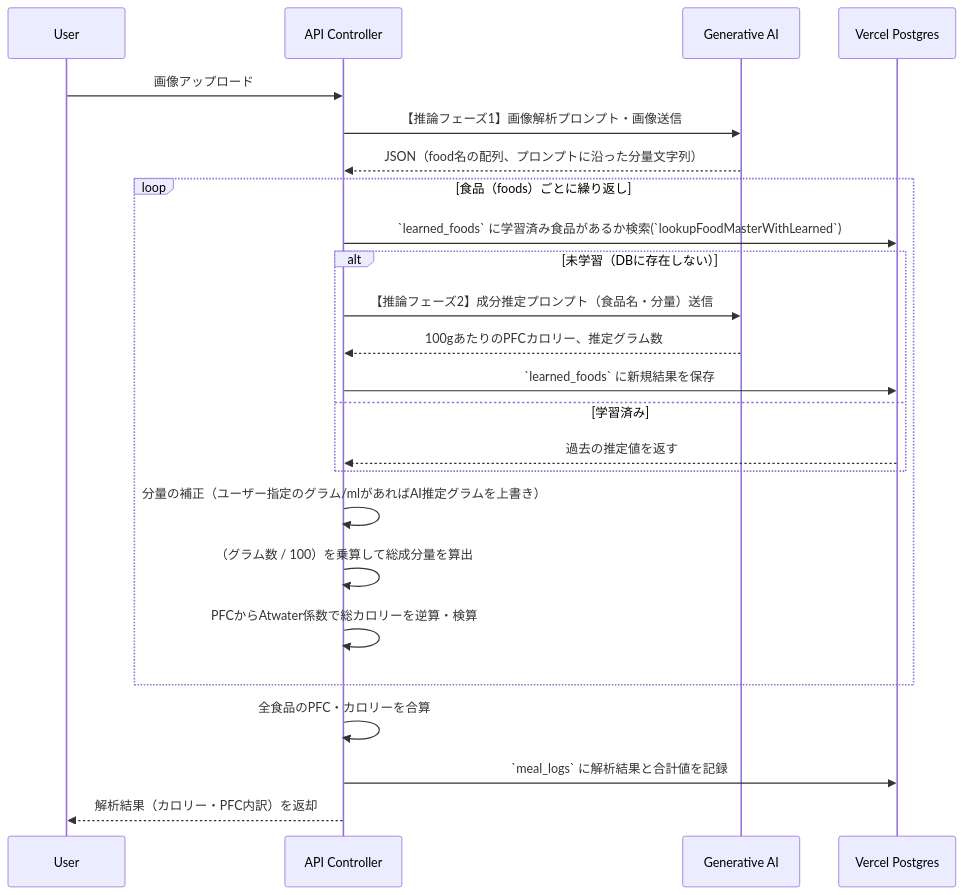
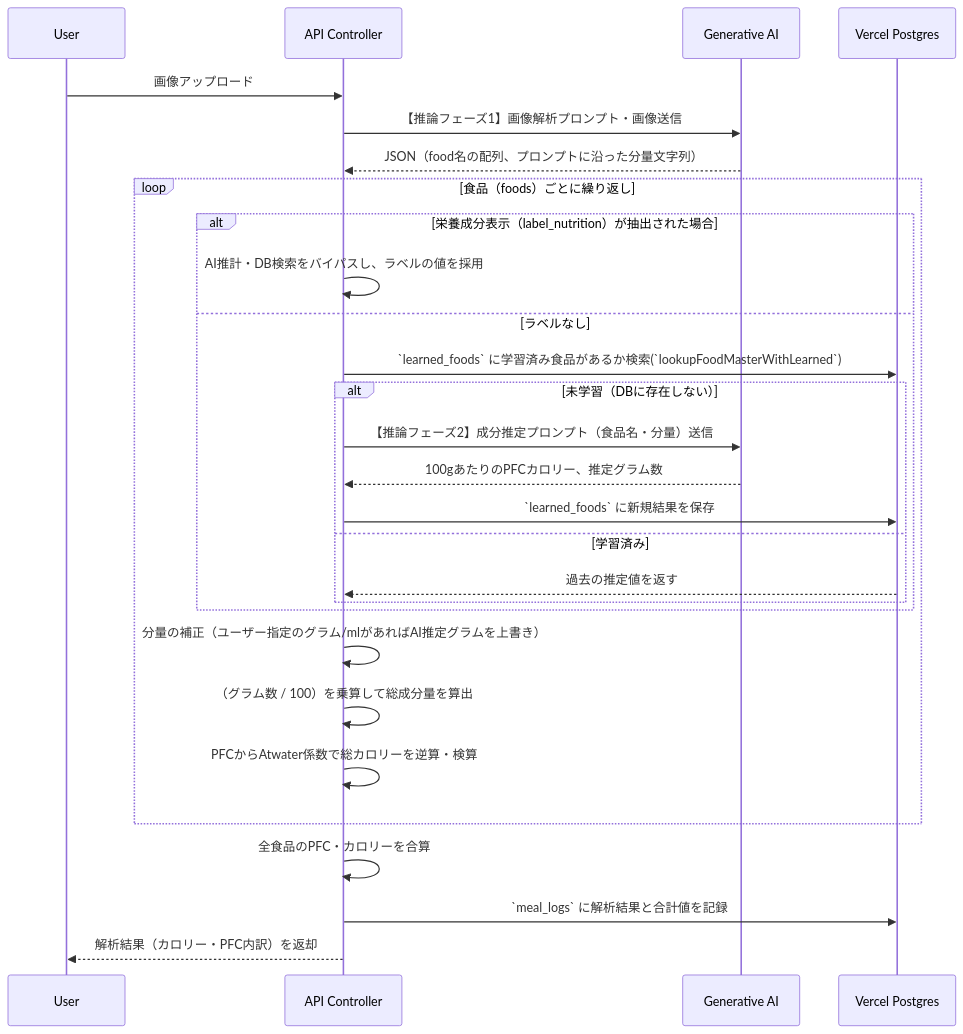
One commit to t-katsumata1027/LogEats changed the second of 3 diagrams in docs/logic/nutrition_calculation.md. Above: the diagram before and after it, drawn with Mermaid. The commit also changed other lines of this file and 2 other files, not shown here.

Commit message:
docs: 栄養素解析精度の向上施策（ラベル優先抽出・大規模DB）に関するドキュメント更新

````diff
--- a/docs/logic/nutrition_calculation.md
+++ b/docs/logic/nutrition_calculation.md
@@ -64,30 +64,34 @@
 ```mermaid
 sequenceDiagram
     participant User
     participant System as API Controller
     participant AI as Generative AI
     participant DB as Vercel Postgres
 
     User->>System: 画像アップロード
     System->>AI: 【推論フェーズ1】画像解析プロンプト・画像送信
     AI-->>System: JSON（food名の配列、プロンプトに沿った分量文字列）
     
     loop 食品（foods）ごとに繰り返し
-        System->>DB: `learned_foods` に学習済み食品があるか検索(`lookupFoodMasterWithLearned`)
-        alt 未学習（DBに存在しない）
-            System->>AI: 【推論フェーズ2】成分推定プロンプト（食品名・分量）送信
-            AI-->>System: 100gあたりのPFCカロリー、推定グラム数
-            System->>DB: `learned_foods` に新規結果を保存
-        else 学習済み
-            DB-->>System: 過去の推定値を返す
+        alt 栄養成分表示（label_nutrition）が抽出された場合
+            System->>System: AI推計・DB検索をバイパスし、ラベルの値を採用
+        else ラベルなし
+            System->>DB: `learned_foods` に学習済み食品があるか検索(`lookupFoodMasterWithLearned`)
+            alt 未学習（DBに存在しない）
+                System->>AI: 【推論フェーズ2】成分推定プロンプト（食品名・分量）送信
+                AI-->>System: 100gあたりのPFCカロリー、推定グラム数
+                System->>DB: `learned_foods` に新規結果を保存
+            else 学習済み
+                DB-->>System: 過去の推定値を返す
+            end
         end
         
         System->>System: 分量の補正（ユーザー指定のグラム/mlがあればAI推定グラムを上書き）
         System->>System: （グラム数 / 100）を乗算して総成分量を算出
         System->>System: PFCからAtwater係数で総カロリーを逆算・検算
     end
 
     System->>System: 全食品のPFC・カロリーを合算
     System->>DB: `meal_logs` に解析結果と合計値を記録
     System-->>User: 解析結果（カロリー・PFC内訳）を返却
 ```
````
